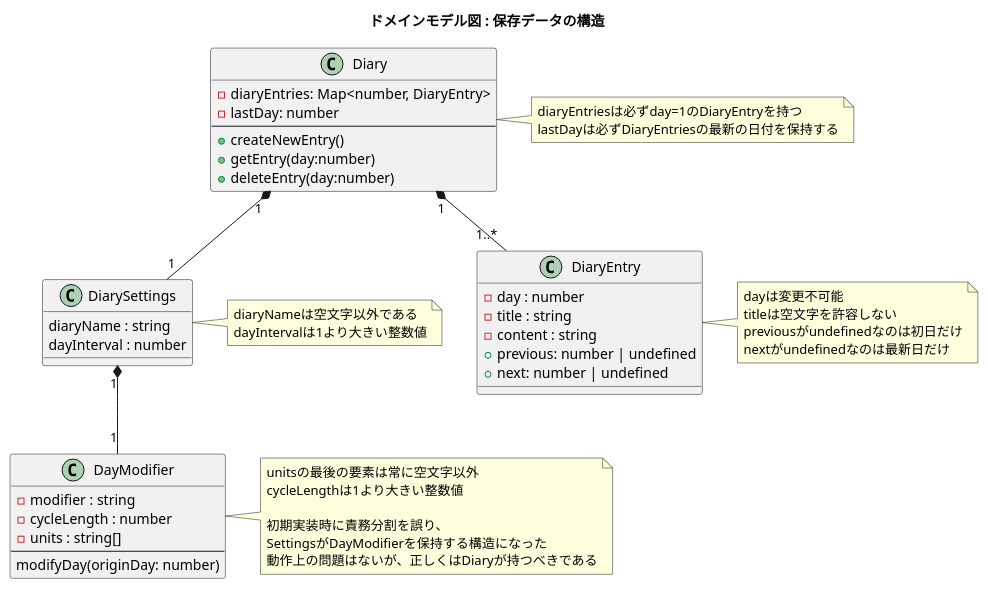
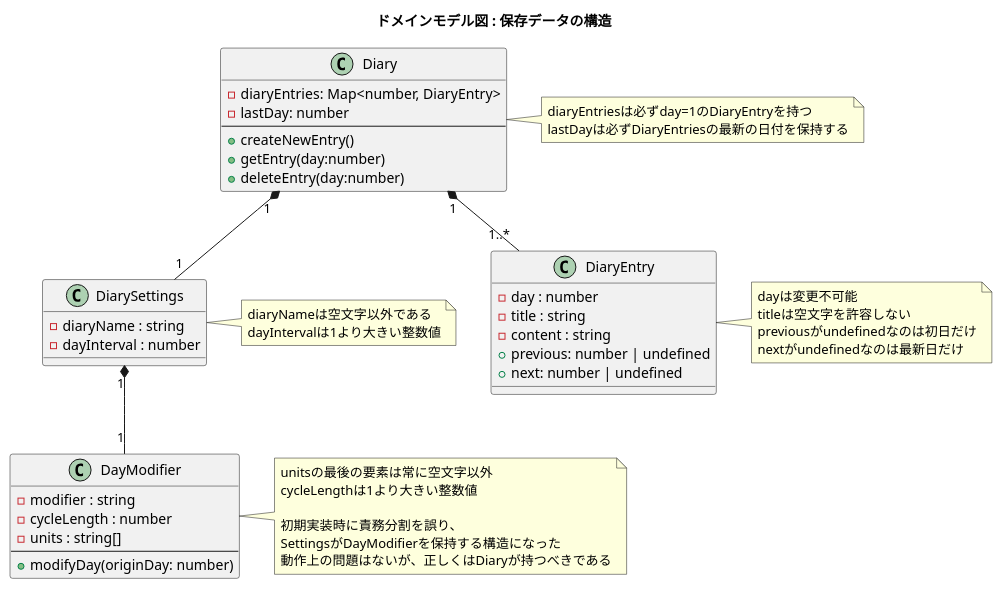
One commit to urusakuma/GameDiary changed the diagram in UML/domainModel.puml. Above: the diagram before and after it, drawn with PlantUML.

Commit message:
ドメインモデル図の修正 Fixes #255

```diff
--- a/UML/domainModel.puml
+++ b/UML/domainModel.puml
@@ -1,59 +1,59 @@
 @startuml domainModel
 title "ドメインモデル図 : 保存データの構造"
 
 class Diary {
   - diaryEntries: Map<number, DiaryEntry>
   - lastDay: number
   ---
   + createNewEntry()
   + getEntry(day:number)
   + deleteEntry(day:number)
 }
 note right
 diaryEntriesは必ずday=1のDiaryEntryを持つ
 lastDayは必ずDiaryEntriesの最新の日付を保持する
 end note
 
 class DiarySettings {
-  diaryName : string
-  dayInterval : number
+  - diaryName : string
+  - dayInterval : number
 }
 note right
 diaryNameは空文字以外である
 dayIntervalは1より大きい整数値
 end note
 
 class DayModifier  {
   - modifier : string
   - cycleLength : number
   - units : string[]
   ---
-  modifyDay(originDay: number)
+  + modifyDay(originDay: number)
 }
 note right
 unitsの最後の要素は常に空文字以外
 cycleLengthは1より大きい整数値
 
 初期実装時に責務分割を誤り、
 SettingsがDayModifierを保持する構造になった
 動作上の問題はないが、正しくはDiaryが持つべきである
 end note
 
 class DiaryEntry {
   - day : number
   - title : string
   - content : string
   + previous: number | undefined
   + next: number | undefined
 }
 note right
 dayは変更不可能
 titleは空文字を許容しない
 previousがundefinedなのは初日だけ
 nextがundefinedなのは最新日だけ
 end note
 
 Diary "1" *-- "1" DiarySettings
 DiarySettings "1" *-- "1" DayModifier
 Diary "1" *-- "1..*" DiaryEntry
 @enduml
```
